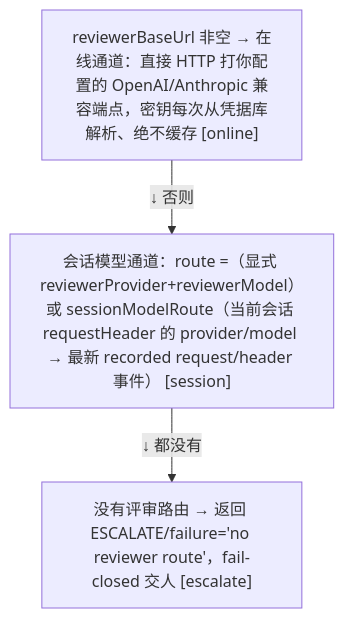
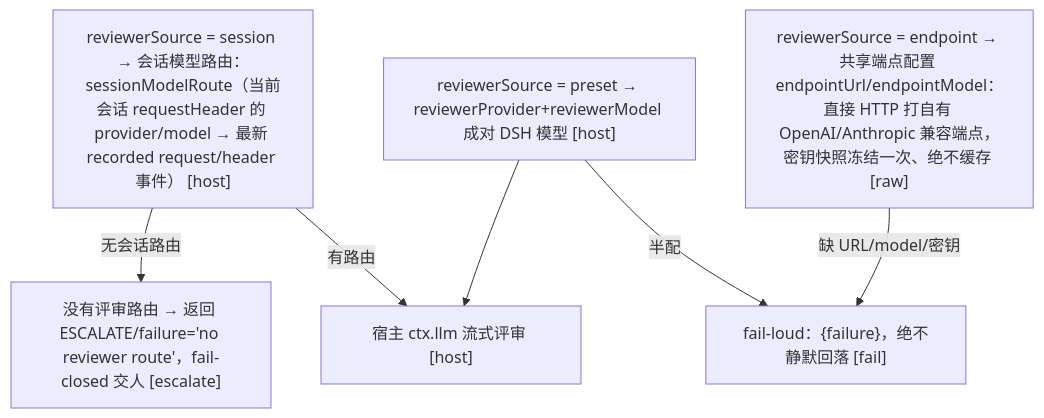
One commit to cuddly-guacamole/dsh-auto-approval-llm changed the diagram in docs/06-llm-reviewer.md. Above: the diagram before and after it, drawn with Mermaid. The commit also changed other lines of this file and 5 other files, not shown here.

First line of the commit message:
docs+scripts: sync model keys and mock config to the 3-source channel

````diff
--- a/docs/06-llm-reviewer.md
+++ b/docs/06-llm-reviewer.md
@@ -9,5 +9,10 @@
 ```mermaid
 flowchart TD
-    A1["reviewerBaseUrl 非空 → 在线通道：直接 HTTP 打你配置的 OpenAI/Anthropic 兼容端点，密钥每次从凭据库解析、绝不缓存 [online]"] -->|↓ 否则| A2["会话模型通道：route =（显式 reviewerProvider+reviewerModel）或 sessionModelRoute（当前会话 requestHeader 的 provider/model → 最新 recorded request/header 事件） [session]"]
-    A2 -->|↓ 都没有| A3["没有评审路由 → 返回 ESCALATE/failure='no reviewer route'，fail-closed 交人 [escalate]"]
+    A1["reviewerSource = session → 会话模型路由：sessionModelRoute（当前会话 requestHeader 的 provider/model → 最新 recorded request/header 事件） [host]"] -->|无会话路由| A3
+    A1 -->|有路由| A4["宿主 ctx.llm 流式评审 [host]"]
+    B1["reviewerSource = preset → reviewerProvider+reviewerModel 成对 DSH 模型 [host]"] --> A4
+    C1["reviewerSource = endpoint → 共享端点配置 endpointUrl/endpointModel：直接 HTTP 打自有 OpenAI/Anthropic 兼容端点，密钥快照冻结一次、绝不缓存 [raw]"]
+    A3["没有评审路由 → 返回 ESCALATE/failure='no reviewer route'，fail-closed 交人 [escalate]"]
+    B1 -->|半配| A5["fail-loud：{failure}，绝不静默回落 [fail]"]
+    C1 -->|缺 URL/model/密钥| A5
 ```
````
